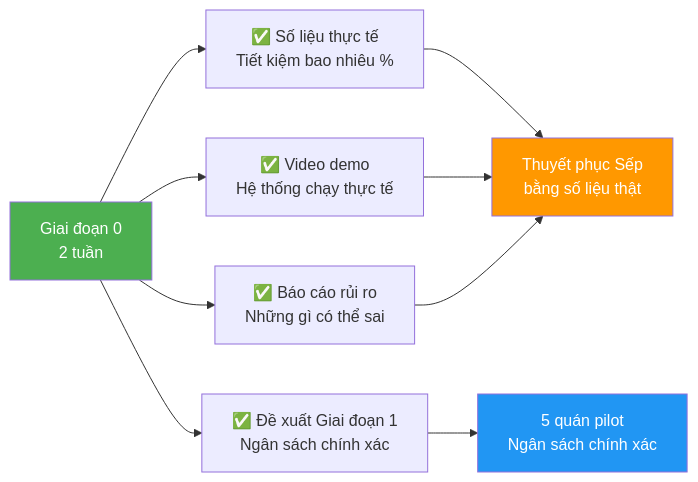
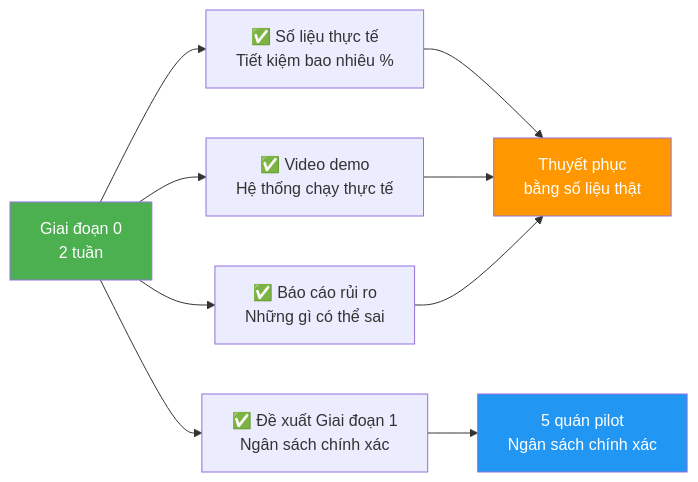
Before and after one commit to huongvn/HLCFEOS: the second of 2 diagrams in slides/08-phase0.md, drawn with Mermaid. The commit also changed other lines of this file and 6 other files, not shown here.

````diff
--- a/slides/08-phase0.md
+++ b/slides/08-phase0.md
@@ -98,16 +47,16 @@
 ```mermaid
 graph LR
     A[Giai đoạn 0<br/>2 tuần] --> B[✅ Số liệu thực tế<br/>Tiết kiệm bao nhiêu %]
     A --> C[✅ Video demo<br/>Hệ thống chạy thực tế]
     A --> D[✅ Báo cáo rủi ro<br/>Những gì có thể sai]
     A --> E[✅ Đề xuất Giai đoạn 1<br/>Ngân sách chính xác]
     
-    B --> F[Thuyết phục Sếp<br/>bằng số liệu thật]
+    B --> F[Thuyết phục<br/>bằng số liệu thật]
     C --> F
     D --> F
     E --> G[5 quán pilot<br/>Ngân sách chính xác]
     
     style A fill:#4CAF50,color:#fff
     style F fill:#FF9800,color:#fff
     style G fill:#2196F3,color:#fff
 ```
````
